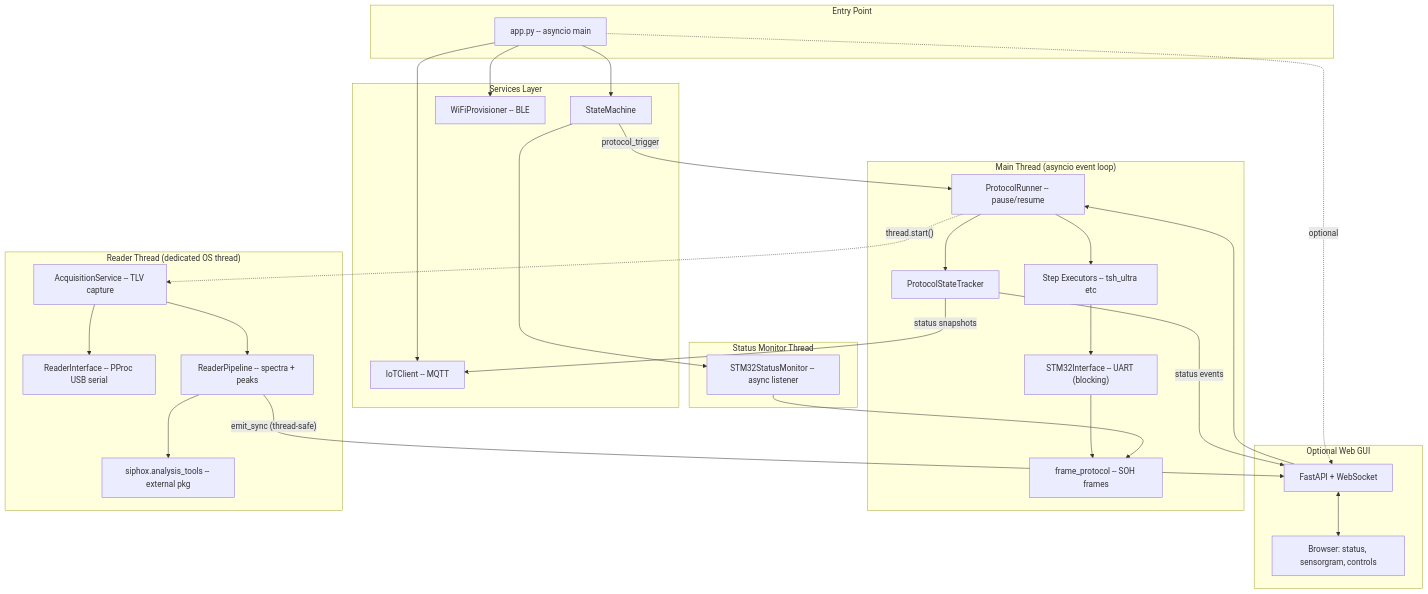
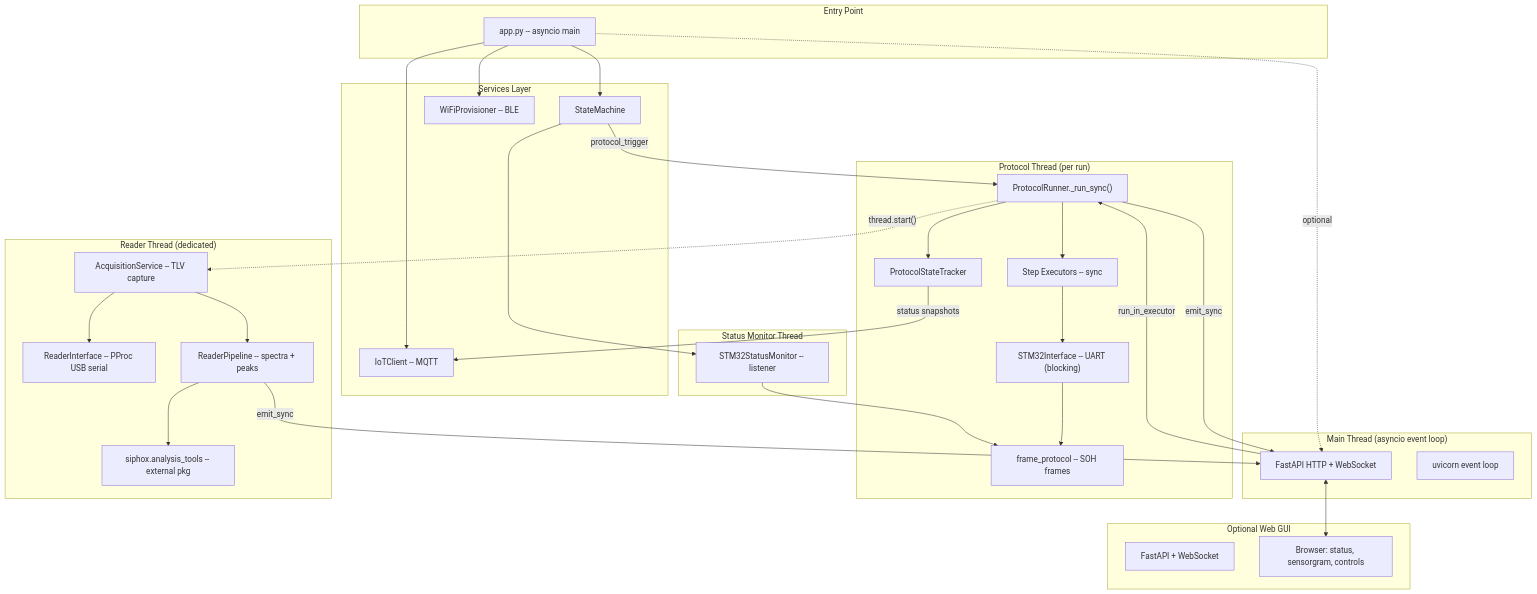
The first of 2 diagrams in docs/ARCHITECTURE.md (sp-mzhang/ultra-rpi), drawn with Mermaid before and after one commit. The commit also changed other lines of this file and 7 other files, not shown here.

First line of the commit message:
refactor: move protocol execution to dedicated thread (Option C)

````diff
--- a/docs/ARCHITECTURE.md
+++ b/docs/ARCHITECTURE.md
@@ -93,57 +93,62 @@
 ```mermaid
 graph TD
     subgraph entrypoint [Entry Point]
         App["app.py -- asyncio main"]
     end
 
     subgraph guiLayer [Optional Web GUI]
         API["FastAPI + WebSocket"]
         FE["Browser: status, sensorgram, controls"]
     end
 
     subgraph services [Services Layer]
         SM["StateMachine"]
         IoT["IoTClient -- MQTT"]
         WiFi["WiFiProvisioner -- BLE"]
     end
 
     subgraph mainThread ["Main Thread (asyncio event loop)"]
-        Runner["ProtocolRunner -- pause/resume"]
+        API2["FastAPI HTTP + WebSocket"]
+        EvLoop["uvicorn event loop"]
+    end
+
+    subgraph protoThread ["Protocol Thread (per run)"]
+        Runner["ProtocolRunner._run_sync()"]
         Tracker["ProtocolStateTracker"]
-        Recipe["Step Executors -- tsh_ultra etc"]
+        Recipe["Step Executors -- sync"]
         STM["STM32Interface -- UART (blocking)"]
         FP["frame_protocol -- SOH frames"]
     end
 
-    subgraph readerThread ["Reader Thread (dedicated OS thread)"]
+    subgraph readerThread ["Reader Thread (dedicated)"]
         Acq["AcquisitionService -- TLV capture"]
         Reader["ReaderInterface -- PProc USB serial"]
         Pipe["ReaderPipeline -- spectra + peaks"]
         AT["siphox.analysis_tools -- external pkg"]
     end
 
     subgraph monitor [Status Monitor Thread]
-        Mon["STM32StatusMonitor -- async listener"]
+        Mon["STM32StatusMonitor -- listener"]
     end
 
     App --> SM
     App --> IoT
     App --> WiFi
-    App -.->|"optional"| API
-    API <--> FE
-    API --> Runner
+    App -.->|"optional"| API2
+    API2 <--> FE
+    API2 -->|"run_in_executor"| Runner
     SM -->|"protocol_trigger"| Runner
     Runner --> Tracker
     Runner --> Recipe
     Recipe --> STM
     STM --> FP
     Mon --> FP
     SM --> Mon
     Runner -.->|"thread.start()"| Acq
     Acq --> Reader
     Acq --> Pipe
     Pipe --> AT
-    Pipe -->|"emit_sync (thread-safe)"| API
-    Tracker -->|"status events"| API
+    Pipe -->|"emit_sync"| API2
+    Runner -->|"emit_sync"| API2
     Tracker -->|"status snapshots"| IoT
 ```
````
